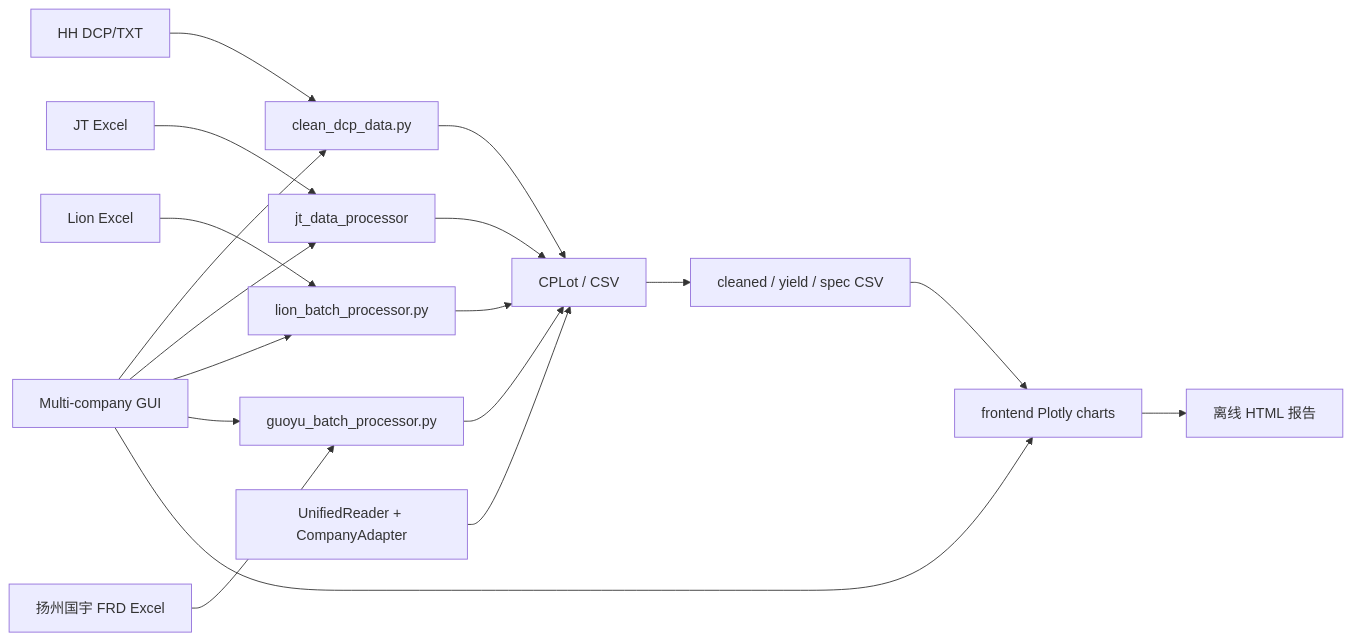
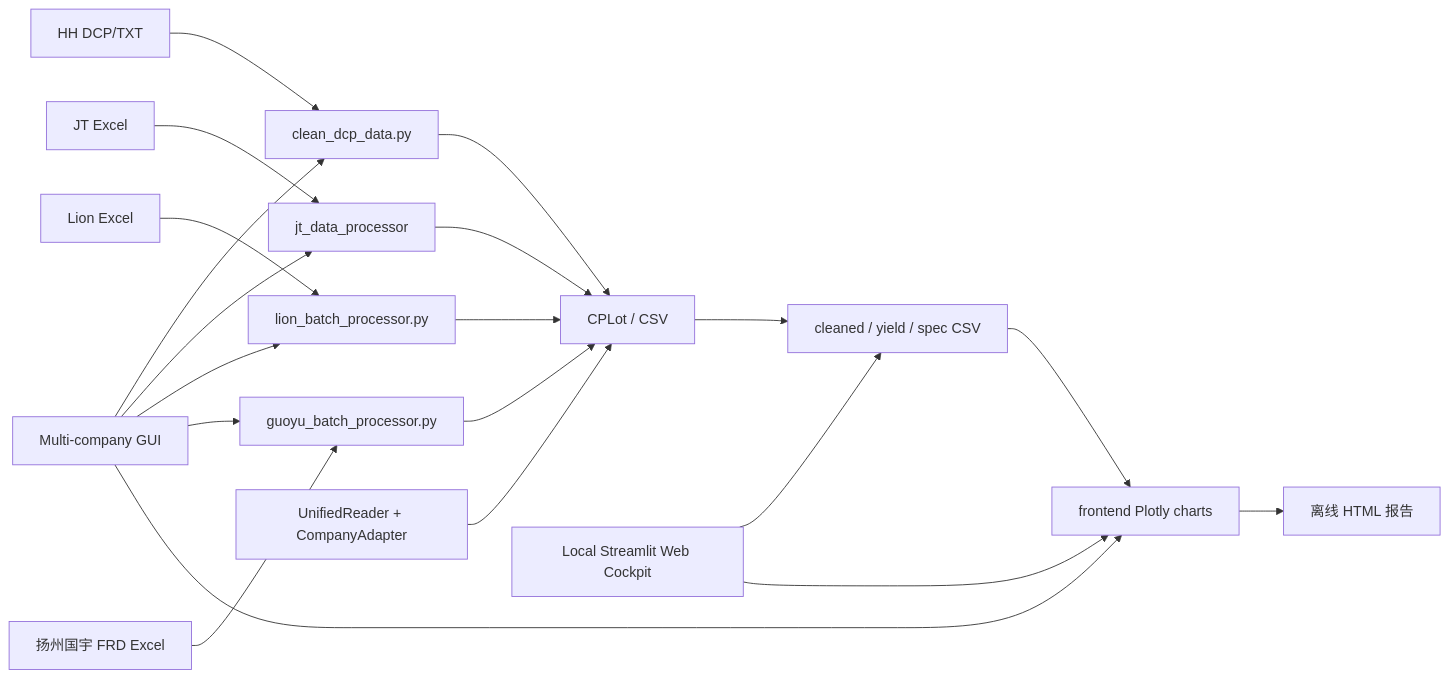
The diagram in docs/architecture.md (Chenchao981/cp_data_ansys), drawn with Mermaid before and after one commit. The commit also changed other lines of this file and 10 other files, not shown here.

Commit message:
feat(web): add local CP data cockpit

````diff
--- a/docs/architecture.md
+++ b/docs/architecture.md
@@ -17,20 +17,22 @@
 ```mermaid
 flowchart LR
     A["HH DCP/TXT"] --> H["clean_dcp_data.py"]
     B["JT Excel"] --> J["jt_data_processor"]
     C["Lion Excel"] --> L["lion_batch_processor.py"]
     D["扬州国宇 FRD Excel"] --> Y["guoyu_batch_processor.py"]
     H --> M["CPLot / CSV"]
     J --> M
     L --> M
     Y --> M
     U["UnifiedReader + CompanyAdapter"] --> M
     M --> S["cleaned / yield / spec CSV"]
     S --> F["frontend Plotly charts"]
     F --> R["离线 HTML 报告"]
     G["Multi-company GUI"] --> H
     G --> J
     G --> L
     G --> Y
     G --> F
+    W["Local Streamlit Web Cockpit"] --> S
+    W --> F
 ```
````
